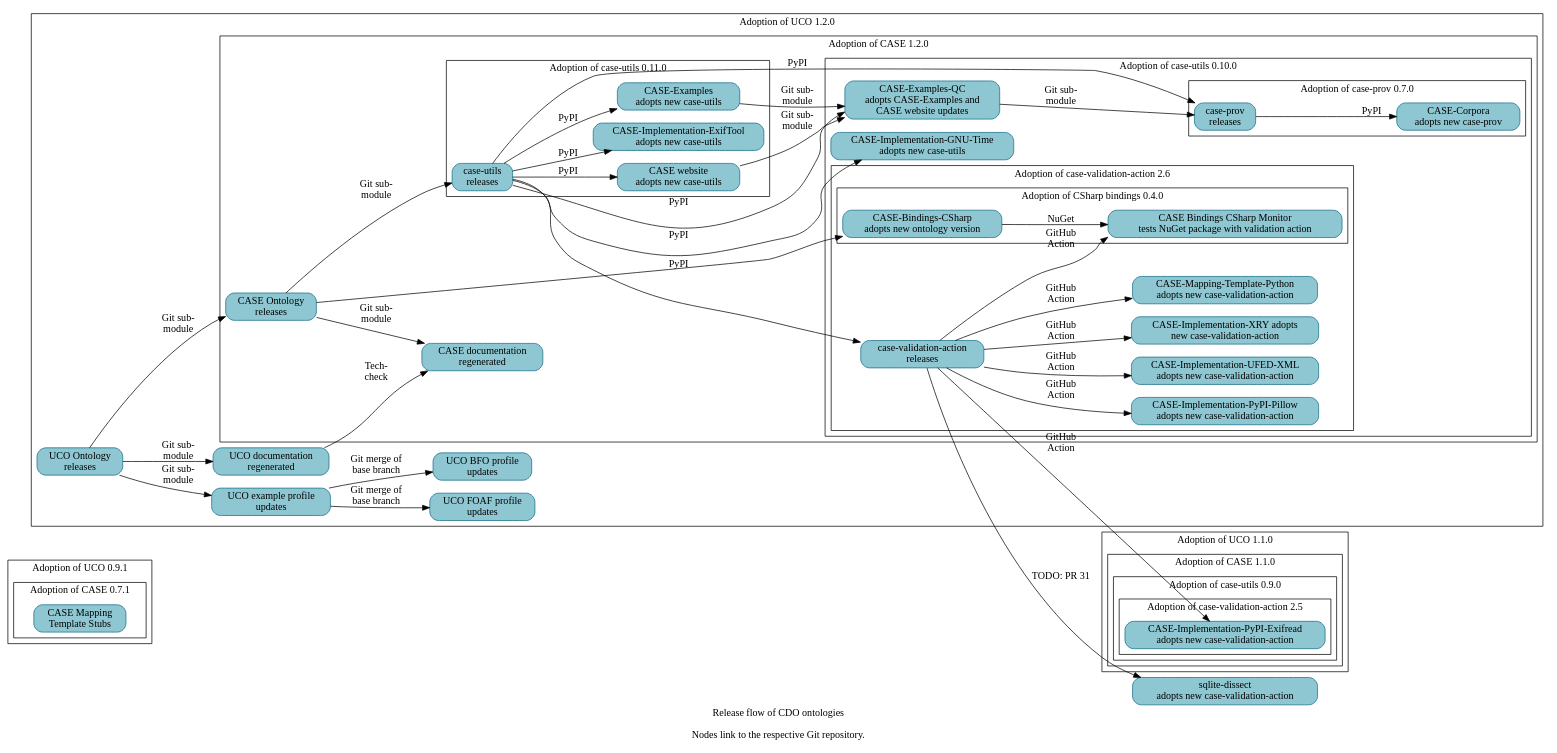
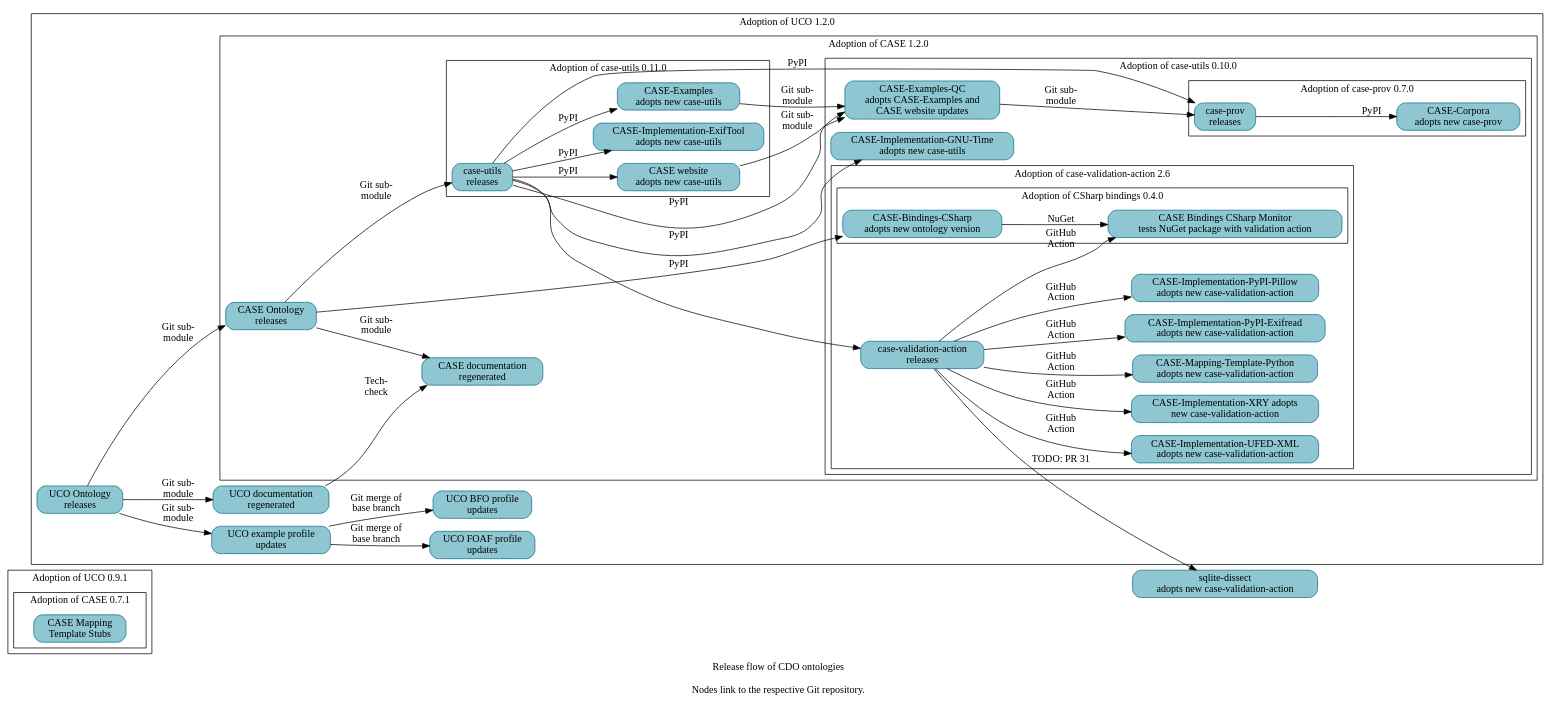
Before and after one commit to Cyber-Domain-Ontology/cdo.github.io: the diagram in resources/project_release_flow.dot, drawn with Graphviz.

Commit message:
Bump CASE-Implementation-PyPI-Exifread
A follow-on patch will regenerate Make-managed files.

```diff
--- a/resources/project_release_flow.dot
+++ b/resources/project_release_flow.dot
@@ -1,122 +1,107 @@
 digraph "cdo_release_flow" {
   label = "Release flow of CDO ontologies\n\nNodes link to the respective Git repository." ;
   rankdir = "LR" ;
   node [shape="rectangle" style="filled,rounded" fillcolor="#8EC7D2" color="#0D6986"] ;
 
 
   // Define nodes in their corresponding progress subgraph.
 
   subgraph cluster_uco_0_9_1 {
     label = "Adoption of UCO 0.9.1" ;
 
     subgraph cluster_case_0_7_1 {
       label = "Adoption of CASE 0.7.1" ;
       _GH__CASEWORK__CASE_MAPPING_TEMPLATE_STUBS [URL="https://github.com/casework/CASE-Mapping-Template-Stubs" label="CASE Mapping\nTemplate Stubs"] ;
     }
   }
-  subgraph cluster_uco_1_1_0 {
-    label = "Adoption of UCO 1.1.0" ;
 
-    subgraph cluster_case_1_1_0 {
-      label = "Adoption of CASE 1.1.0" ;
-
-      subgraph cluster_case_utils_0_9_0 {
-        label = "Adoption of case-utils 0.9.0" ;
-
-        subgraph cluster_case_validation_action_2_5 {
-          label = "Adoption of case-validation-action 2.5" ;
-
-          _GH__CASEWORK__CASE_IMPLEMENTATON_PYPI_EXIFREAD [URL="https://github.com/casework/CASE-Implementation-PyPI-Exifread" label="CASE-Implementation-PyPI-Exifread\nadopts new case-validation-action"] ;
-        }
-      }
-    }
-  }
   subgraph cluster_uco_1_2_0 {
     label = "Adoption of UCO 1.2.0" ;
 
     _GH__UCOPROJECT__ONTOLOGY_UNIFIEDCYBERONTOLOGY_ORG [URL="https://github.com/ucoProject/ontology.unifiedcyberontology.org" label="UCO documentation\nregenerated"] ;
     _GH__UCOPROJECT__UCO [URL="https://github.com/ucoProject/UCO" label="UCO Ontology\nreleases"] ;
     _GH__UCOPROJECT__UCO_PROFILE_BFO [URL="https://github.com/ucoProject/UCO-Profile-BFO" label="UCO BFO profile\nupdates"] ;
     _GH__UCOPROJECT__UCO_PROFILE_EXAMPLE [URL="https://github.com/ucoProject/UCO-Profile-Example" label="UCO example profile\nupdates"] ;
     _GH__UCOPROJECT__UCO_PROFILE_FOAF [URL="https://github.com/ucoProject/UCO-Profile-FOAF" label="UCO FOAF profile\nupdates"] ;
 
     subgraph cluster_case_1_2_0 {
       label = "Adoption of CASE 1.2.0" ;
 
       _GH__CASEWORK__CASE [URL="https://github.com/casework/CASE" label="CASE Ontology\nreleases"] ;
       _GH__CASEWORK__ONTOLOGY_CASEONTOLOGY_ORG [URL="https://github.com/casework/ontology.caseontology.org" label="CASE documentation\nregenerated"] ;
 
       subgraph cluster_case_utils_0_10_0 {
         label = "Adoption of case-utils 0.10.0" ;
 
         _GH__AJNELSON_NIST__CASE_EXAMPLES_QC [URL="https://github.com/ajnelson-nist/CASE-Examples-QC" label="CASE-Examples-QC\nadopts CASE-Examples and\nCASE website updates"] ;
         _GH__CASEWORK__CASE_IMPLEMENTATON_GNU_TIME [URL="https://github.com/casework/CASE-Implementation-GNU-Time" label="CASE-Implementation-GNU-Time\nadopts new case-utils"] ;
 
         subgraph cluster_case_prov_0_7_0 {
           label = "Adoption of case-prov 0.7.0" ;
 
           _GH__CASEWORK__CASE_CORPORA [URL="https://github.com/casework/CASE-Corpora" label="CASE-Corpora\nadopts new case-prov"] ;
           _GH__CASEWORK__CASE_IMPLEMENTATON_PROV_O [URL="https://github.com/casework/CASE-Implementation-PROV-O" label="case-prov\nreleases"] ;
         }
         subgraph cluster_case_validation_action_2_6 {
           label = "Adoption of case-validation-action 2.6" ;
 
+          _GH__CASEWORK__CASE_IMPLEMENTATON_PYPI_EXIFREAD [URL="https://github.com/casework/CASE-Implementation-PyPI-Exifread" label="CASE-Implementation-PyPI-Exifread\nadopts new case-validation-action"] ;
           _GH__CASEWORK__CASE_IMPLEMENTATON_PYPI_PILLOW [URL="https://github.com/casework/CASE-Implementation-PyPI-Pillow" label="CASE-Implementation-PyPI-Pillow\nadopts new case-validation-action"] ;
           _GH__CASEWORK__CASE_IMPLEMENTATON_UFED_XML [URL="https://github.com/casework/CASE-Implementation-UFED-XML" label="CASE-Implementation-UFED-XML\nadopts new case-validation-action"] ;
           _GH__CASEWORK__CASE_IMPLEMENTATON_XRY [URL="https://github.com/casework/CASE-Implementation-XRY" label="CASE-Implementation-XRY adopts\nnew case-validation-action"] ;
           _GH__CASEWORK__CASE_MAPPING_TEMPLATE_PYTHON [URL="https://github.com/casework/CASE-Mapping-Template-Python" label="CASE-Mapping-Template-Python\nadopts new case-validation-action"] ;
           _GH__KCHASON__CASE_VALIDATION_ACTION [URL="https://github.com/kchason/case-validation-action" label="case-validation-action\nreleases"] ;
 
           subgraph cluster_case_bindings_csharp_0_4_0 {
             label = "Adoption of CSharp bindings 0.4.0" ;
 
             _GH__CASEWORK__CASE_BINDINGS_CSHARP_MONITOR [URL="https://github.com/casework/CASE-Bindings-CSharp-Monitor" label="CASE Bindings CSharp Monitor\ntests NuGet package with validation action"] ;
             _GH__CIPHERTECHSOLUTIONS__CASE_BINDINGS_CSHARP [URL="https://github.com/ciphertechsolutions/CASE-Bindings-CSharp" label="CASE-Bindings-CSharp\nadopts new ontology version"]
           }
         }
       }
 
       subgraph cluster_case_utils_0_11_0 {
         label = "Adoption of case-utils 0.11.0" ;
 
         _GH__CASEWORK__CASE_EXAMPLES [URL="https://github.com/casework/CASE-Examples" label="CASE-Examples\nadopts new case-utils"] ;
         _GH__CASEWORK__CASE_IMPLEMENTATON_EXIFTOOL [URL="https://github.com/casework/CASE-Implementation-ExifTool" label="CASE-Implementation-ExifTool\nadopts new case-utils"] ;
         _GH__CASEWORK__CASE_UTILITIES_PYTHON [URL="https://github.com/casework/CASE-Utilities-Python" label="case-utils\nreleases"] ;
         _GH__CASEWORK__CASEWORK_GITHUB_IO [URL="https://github.com/casework/casework.github.io" label="CASE website\nadopts new case-utils"] ;
       }
     }
   }
 
   _GH__DOD_CYBER_CRIME_CENTER__SQLITE_DISSECT [URL="https://github.com/dod-cyber-crime-center/sqlite-dissect" label="sqlite-dissect\nadopts new case-validation-action"] ;
 
   // Begin edges
 
   _GH__AJNELSON_NIST__CASE_EXAMPLES_QC -> _GH__CASEWORK__CASE_IMPLEMENTATON_PROV_O [label="Git sub-\nmodule"] ;
   _GH__CASEWORK__CASE -> _GH__CASEWORK__CASE_UTILITIES_PYTHON [label="Git sub-\nmodule"] ;
   _GH__CASEWORK__CASE -> _GH__CIPHERTECHSOLUTIONS__CASE_BINDINGS_CSHARP ;
   _GH__CASEWORK__CASE -> _GH__CASEWORK__ONTOLOGY_CASEONTOLOGY_ORG [label="Git sub-\nmodule"] ; 
   _GH__CASEWORK__CASE_EXAMPLES -> _GH__AJNELSON_NIST__CASE_EXAMPLES_QC [label="Git sub-\nmodule"] ;
   _GH__CASEWORK__CASE_IMPLEMENTATON_PROV_O -> _GH__CASEWORK__CASE_CORPORA [label="PyPI"] ;
   _GH__CASEWORK__CASE_UTILITIES_PYTHON -> _GH__AJNELSON_NIST__CASE_EXAMPLES_QC [label="PyPI"] ;
   _GH__CASEWORK__CASE_UTILITIES_PYTHON -> _GH__CASEWORK__CASE_EXAMPLES [label="PyPI"] ;
   _GH__CASEWORK__CASE_UTILITIES_PYTHON -> _GH__CASEWORK__CASE_IMPLEMENTATON_EXIFTOOL [label="PyPI"] ;
   _GH__CASEWORK__CASE_UTILITIES_PYTHON -> _GH__CASEWORK__CASE_IMPLEMENTATON_GNU_TIME [label="PyPI"] ;
   _GH__CASEWORK__CASE_UTILITIES_PYTHON -> _GH__CASEWORK__CASE_IMPLEMENTATON_PROV_O [label="PyPI"] ;
   _GH__CASEWORK__CASE_UTILITIES_PYTHON -> _GH__KCHASON__CASE_VALIDATION_ACTION [label="PyPI"] ;
   _GH__CASEWORK__CASE_UTILITIES_PYTHON -> _GH__CASEWORK__CASEWORK_GITHUB_IO [label="PyPI"] ;
   _GH__CASEWORK__CASEWORK_GITHUB_IO -> _GH__AJNELSON_NIST__CASE_EXAMPLES_QC [label="Git sub-\nmodule"] ;
   _GH__CIPHERTECHSOLUTIONS__CASE_BINDINGS_CSHARP -> _GH__CASEWORK__CASE_BINDINGS_CSHARP_MONITOR [label="NuGet"] ;
   _GH__KCHASON__CASE_VALIDATION_ACTION -> _GH__CASEWORK__CASE_BINDINGS_CSHARP_MONITOR [label="GitHub\nAction"] ;
   _GH__KCHASON__CASE_VALIDATION_ACTION -> _GH__CASEWORK__CASE_IMPLEMENTATON_PYPI_EXIFREAD [label="GitHub\nAction"] ;
   _GH__KCHASON__CASE_VALIDATION_ACTION -> _GH__CASEWORK__CASE_IMPLEMENTATON_PYPI_PILLOW [label="GitHub\nAction"] ;
   _GH__KCHASON__CASE_VALIDATION_ACTION -> _GH__CASEWORK__CASE_IMPLEMENTATON_UFED_XML [label="GitHub\nAction"] ;
   _GH__KCHASON__CASE_VALIDATION_ACTION -> _GH__CASEWORK__CASE_IMPLEMENTATON_XRY [label="GitHub\nAction"] ;
   _GH__KCHASON__CASE_VALIDATION_ACTION -> _GH__CASEWORK__CASE_MAPPING_TEMPLATE_PYTHON [label="GitHub\nAction"] ;
   _GH__KCHASON__CASE_VALIDATION_ACTION -> _GH__DOD_CYBER_CRIME_CENTER__SQLITE_DISSECT [URL="https://github.com/dod-cyber-crime-center/sqlite-dissect/pull/31" label="TODO: PR 31"] ;
   _GH__UCOPROJECT__ONTOLOGY_UNIFIEDCYBERONTOLOGY_ORG -> _GH__CASEWORK__ONTOLOGY_CASEONTOLOGY_ORG [label="Tech-\ncheck"];
   _GH__UCOPROJECT__UCO -> _GH__CASEWORK__CASE [label="Git sub-\nmodule"] ;
   _GH__UCOPROJECT__UCO -> _GH__UCOPROJECT__ONTOLOGY_UNIFIEDCYBERONTOLOGY_ORG [label="Git sub-\nmodule"] ;
   _GH__UCOPROJECT__UCO -> _GH__UCOPROJECT__UCO_PROFILE_EXAMPLE [label="Git sub-\nmodule"] ;
   _GH__UCOPROJECT__UCO_PROFILE_EXAMPLE -> _GH__UCOPROJECT__UCO_PROFILE_BFO [label="Git merge of\nbase branch"] ;
   _GH__UCOPROJECT__UCO_PROFILE_EXAMPLE -> _GH__UCOPROJECT__UCO_PROFILE_FOAF [label="Git merge of\nbase branch"] ;
 }
```
